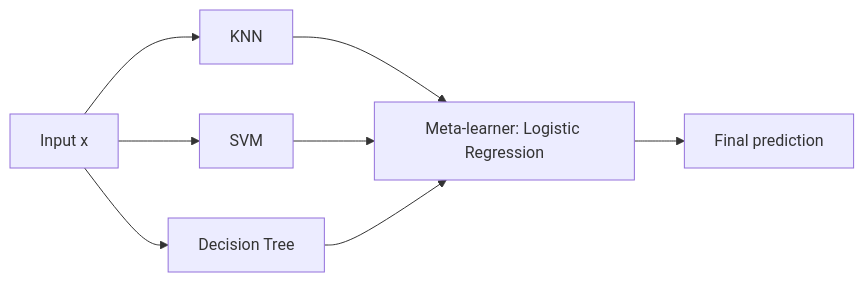
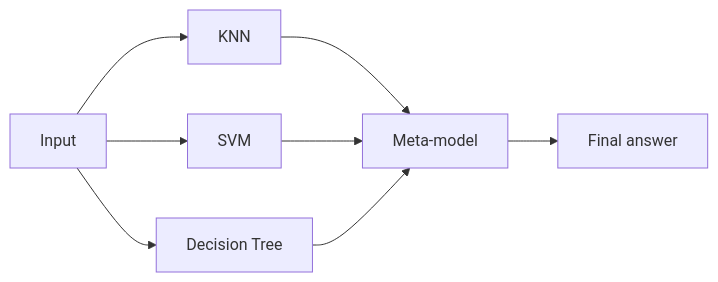
Before and after one commit to therishiraj/INT394-ML-Algorithms: the second of 2 diagrams in Unit 3.md, drawn with Mermaid. The commit also changed other lines of this file, not shown here.

````diff
--- a/Unit 3.md
+++ b/Unit 3.md
@@ -884,10 +526,10 @@
 ```mermaid
 flowchart LR
-    X[Input x] --> M1[KNN]
-    X --> M2[SVM]
-    X --> M3[Decision Tree]
-    M1 --> Meta[Meta-learner: Logistic Regression]
-    M2 --> Meta
-    M3 --> Meta
-    Meta --> Y[Final prediction]
+    X[Input] --> A[KNN]
+    X --> B[SVM]
+    X --> C[Decision Tree]
+    A --> M[Meta-model]
+    B --> M
+    C --> M
+    M --> Y[Final answer]
 ```
````
